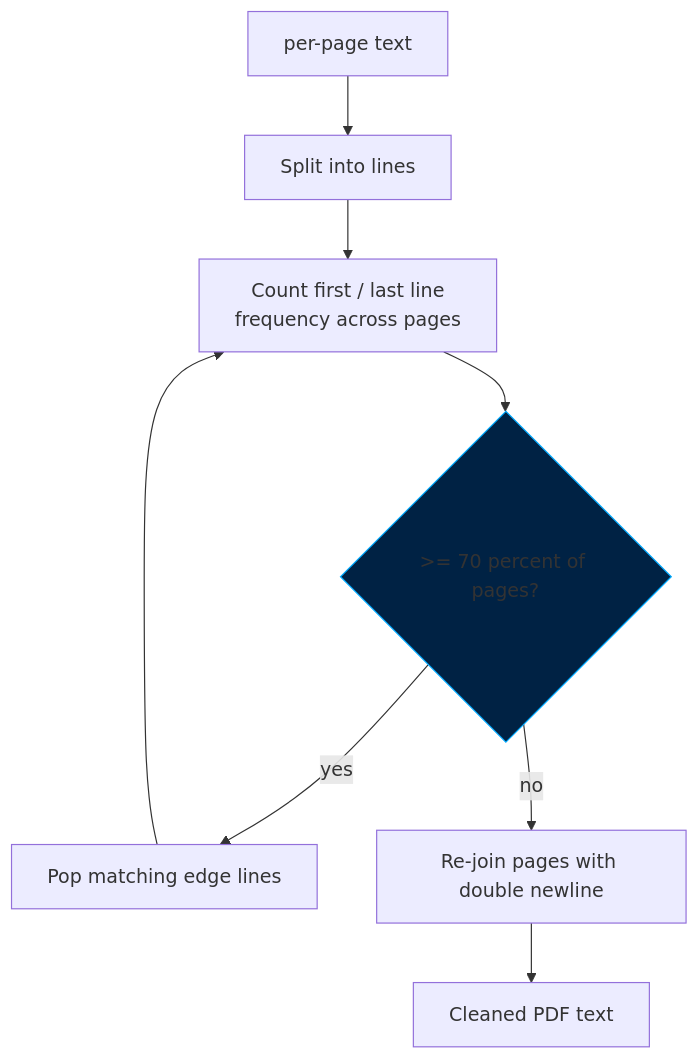
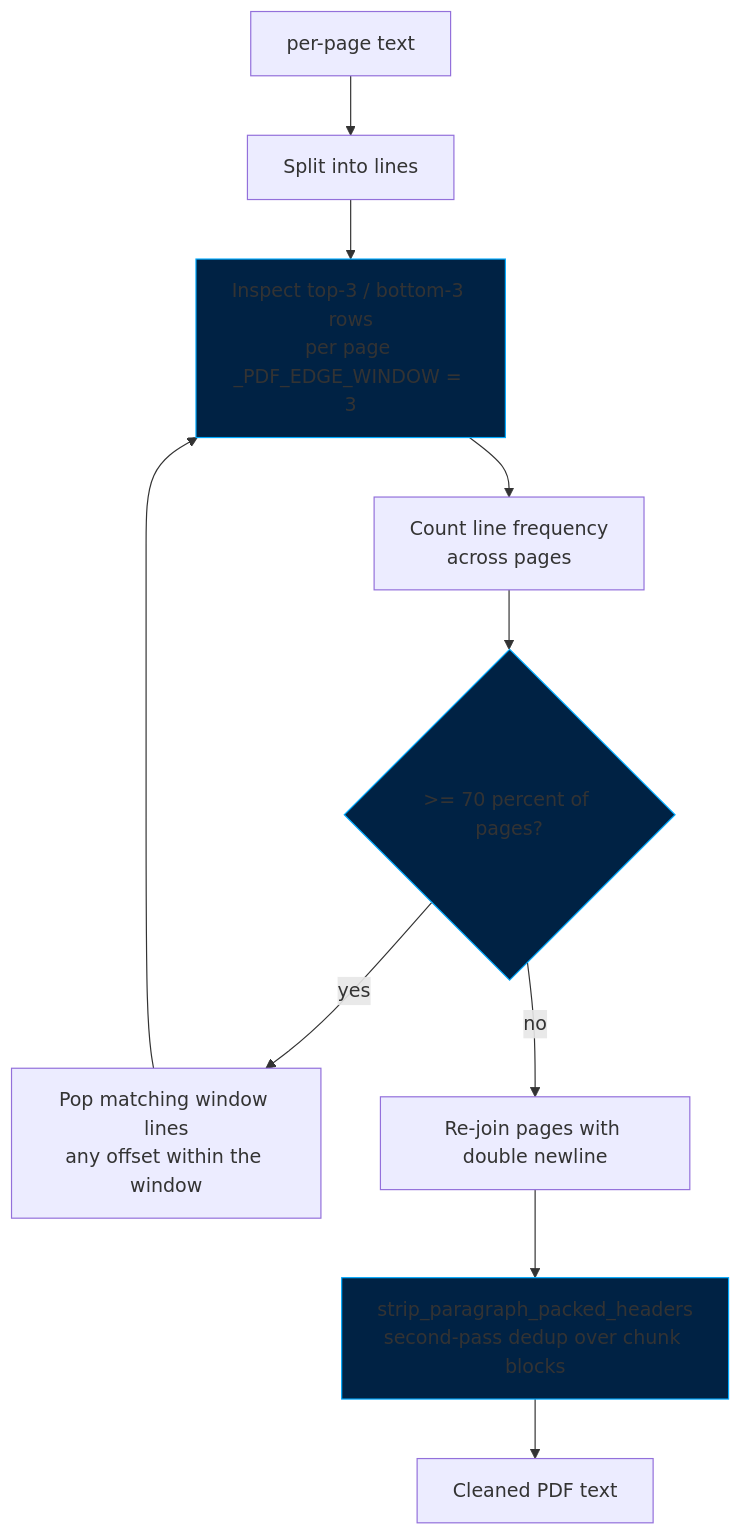
One commit to cemililik/ForgeLM changed the fourth of 10 diagrams in docs/reference/data_ingestion_architecture.md. Above: the diagram before and after it, drawn with Mermaid. The commit also changed 28 other files, not shown here.

````diff
--- a/docs/reference/data_ingestion_architecture.md
+++ b/docs/reference/data_ingestion_architecture.md
@@ -205,12 +205,16 @@
 ```mermaid
 graph TD
     PAGES[per-page text] --> SPLIT[Split into lines]
-    SPLIT --> COUNT[Count first / last line<br/>frequency across pages]
+    SPLIT --> WINDOW[Inspect top-3 / bottom-3 rows<br/>per page _PDF_EDGE_WINDOW = 3]
+    WINDOW --> COUNT[Count line frequency<br/>across pages]
     COUNT --> CHECK{>= 70 percent of pages?}
-    CHECK -- yes --> POP[Pop matching edge lines]
-    POP --> COUNT
+    CHECK -- yes --> POP[Pop matching window lines<br/>any offset within the window]
+    POP --> WINDOW
     CHECK -- no --> JOIN[Re-join pages with double newline]
-    JOIN --> OUT[Cleaned PDF text]
+    JOIN --> PACK[strip_paragraph_packed_headers<br/>second-pass dedup over chunk blocks]
+    PACK --> OUT[Cleaned PDF text]
 
     style CHECK fill:#002244,stroke:#00aaff
+    style WINDOW fill:#002244,stroke:#00aaff
+    style PACK fill:#002244,stroke:#00aaff
 ```
````
